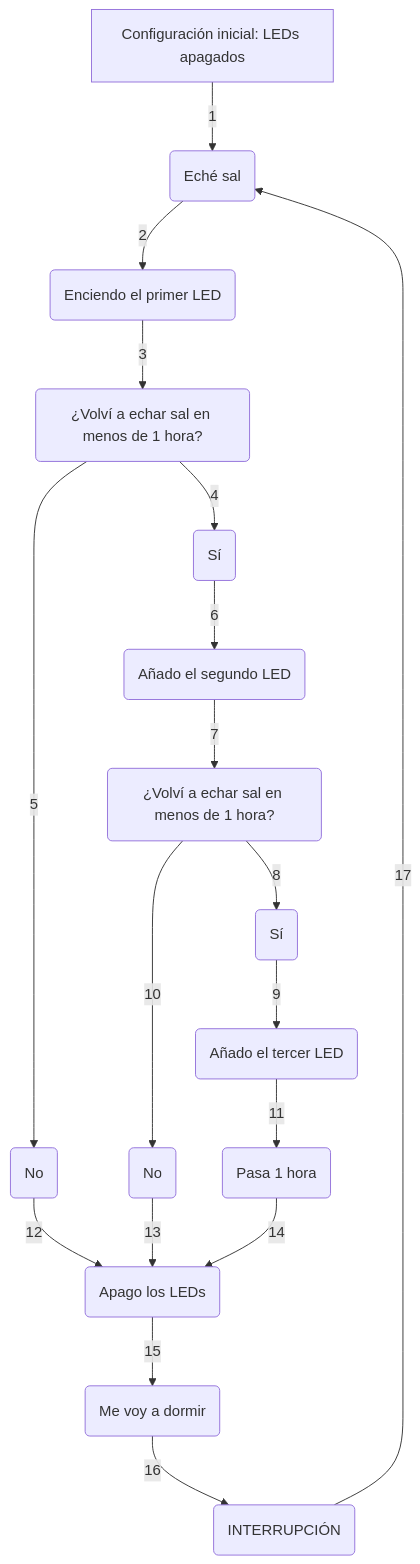
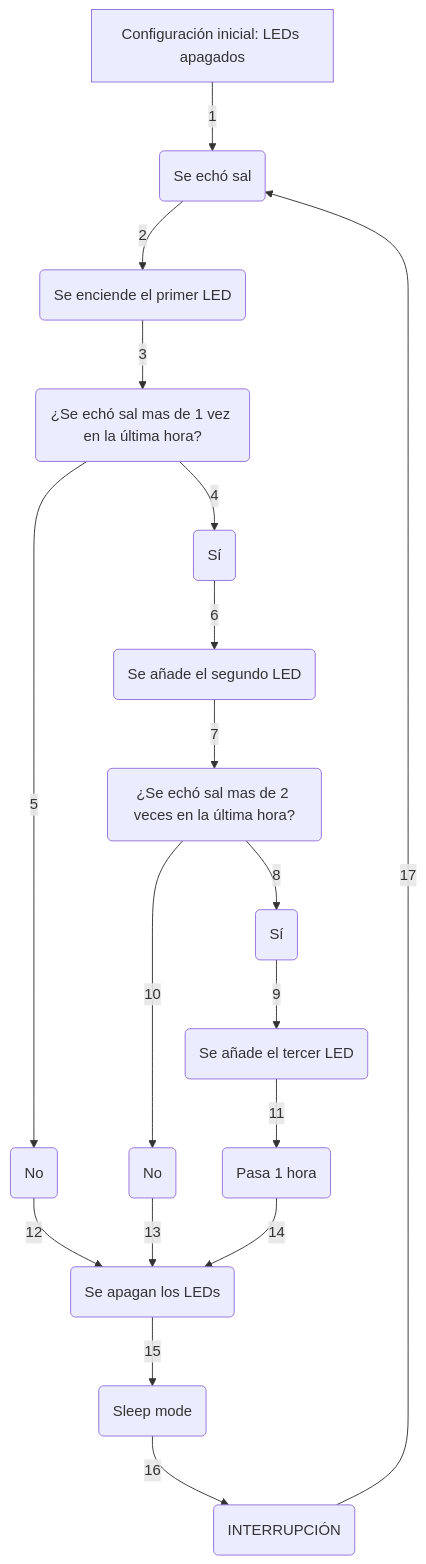
One commit to MediaLabUniovi/Salero-MdN changed the diagram in README.md. Above: the diagram before and after it, drawn with Mermaid.

````diff
--- a/README.md
+++ b/README.md
@@ -80,21 +80,21 @@
 ```mermaid
 graph TD;
-  A[Configuración inicial: LEDs apagados] -->|1| B(Eché sal)
-  G -->|15| S(Me voy a dormir)
+  A[Configuración inicial: LEDs apagados] -->|1| B(Se echó sal)
+  G -->|15| S(Sleep mode)
   S -->|16| T(INTERRUPCIÓN)
   T -->|17| B
-  B -->|2| H(Enciendo el primer LED)
-  H -->|3| I(¿Volví a echar sal en menos de 1 hora?)
+  B -->|2| H(Se enciende el primer LED)
+  H -->|3| I(¿Se echó sal mas de 1 vez en la última hora?)
   I -->|4| J(Sí)
   I -->|5| K(No)
-  K -->|12| G(Apago los LEDs)
-  J -->|6| L(Añado el segundo LED)
-  L -->|7| M(¿Volví a echar sal en menos de 1 hora?)
+  K -->|12| G(Se apagan los LEDs)
+  J -->|6| L(Se añade el segundo LED)
+  L -->|7| M(¿Se echó sal mas de 2 veces en la última hora?)
   M -->|8| N(Sí)
   M -->|10| O(No)
-  N -->|9| P(Añado el tercer LED)
+  N -->|9| P(Se añade el tercer LED)
   O -->|13| G
   P -->|11| R(Pasa 1 hora)
   R -->|14| G
   
 ```
````
